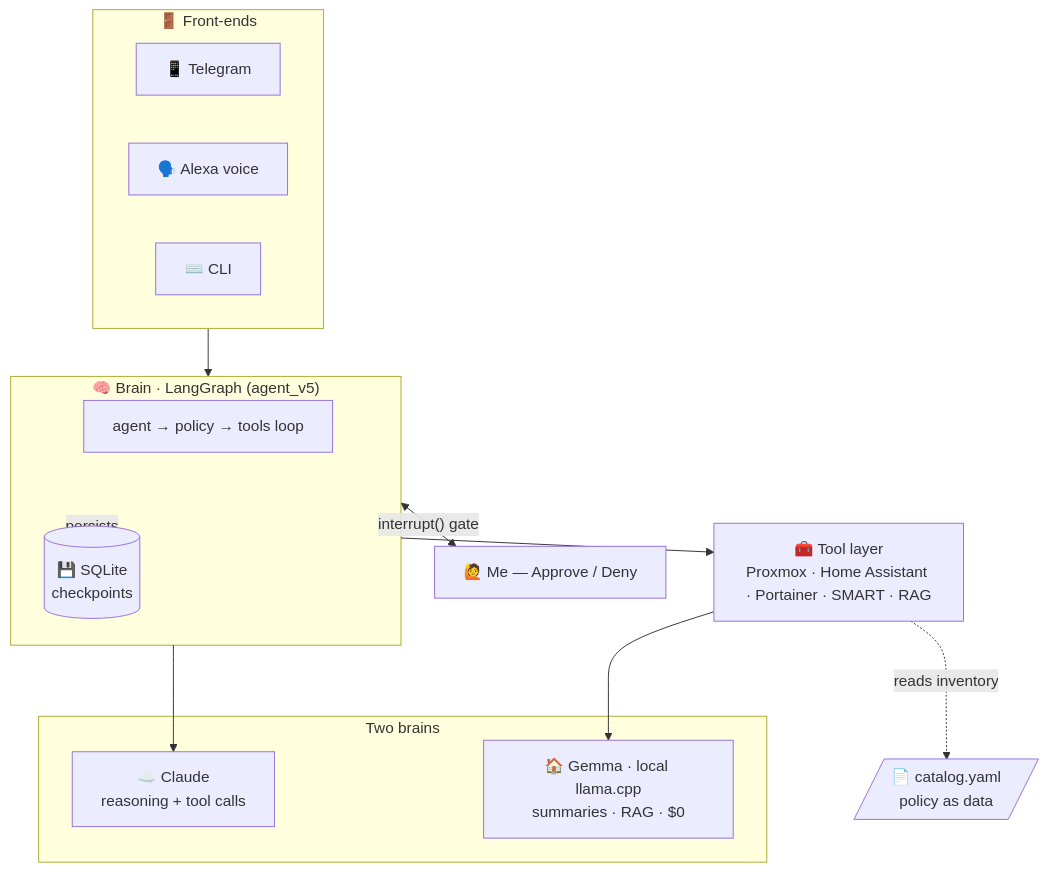
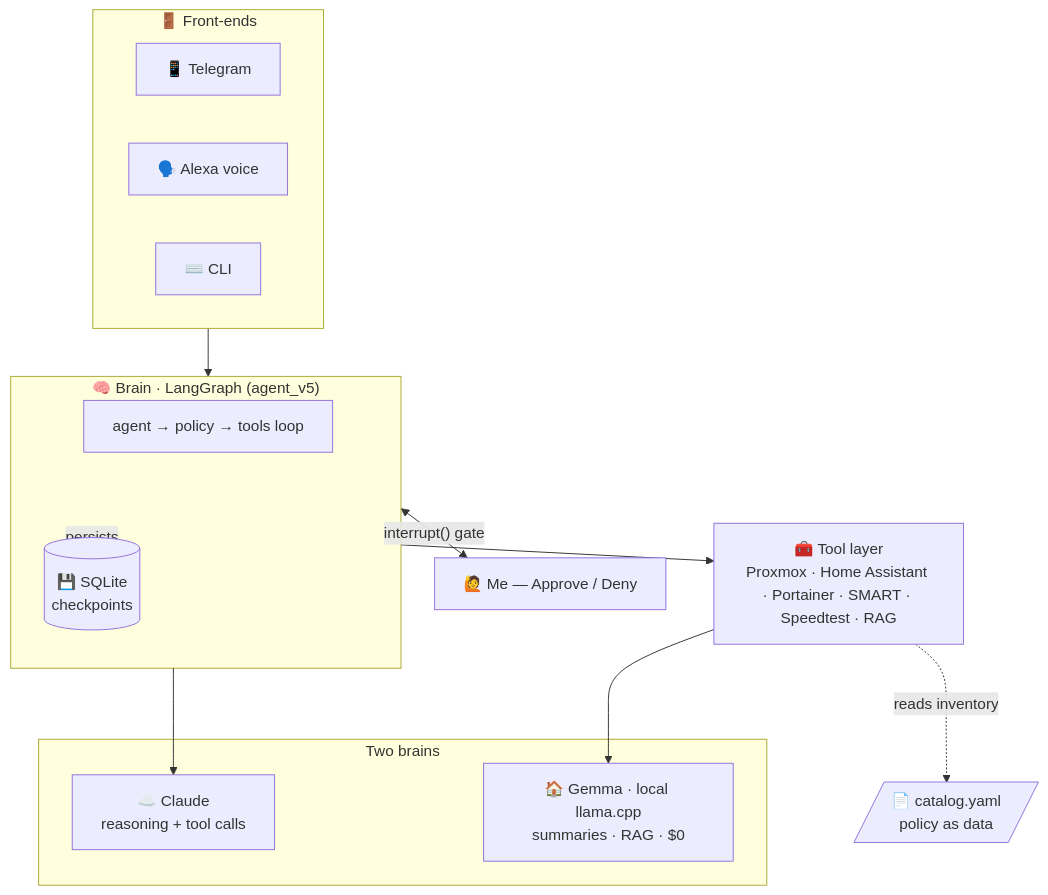
One commit to naveen6gowda/Portfolio changed the first of 6 diagrams in README.md. Above: the diagram before and after it, drawn with Mermaid. The commit also changed other lines of this file and 2 other files, not shown here.

````diff
--- a/README.md
+++ b/README.md
@@ -78,30 +78,30 @@
 ```mermaid
 flowchart TD
     subgraph FE["🚪 Front-ends"]
         TG["📱 Telegram"]
         VO["🗣️ Alexa voice"]
         CL["⌨️ CLI"]
     end
 
     subgraph BR["🧠 Brain · LangGraph (agent_v5)"]
         LG["agent → policy → tools loop"]
         CP[("💾 SQLite<br/>checkpoints")]
     end
 
     subgraph MB["Two brains"]
         CLAUDE["☁️ Claude<br/>reasoning + tool calls"]
         GEMMA["🏠 Gemma · local llama.cpp<br/>summaries · RAG · $0"]
     end
 
-    TL["🧰 Tool layer<br/>Proxmox · Home Assistant · Portainer · SMART · RAG"]
+    TL["🧰 Tool layer<br/>Proxmox · Home Assistant · Portainer · SMART · Speedtest · RAG"]
     CAT[/"📄 catalog.yaml<br/>policy as data"/]
     HUMAN["🙋 Me — Approve / Deny"]
 
     FE --> BR
     BR --> CLAUDE
     BR <-->|"interrupt() gate"| HUMAN
     BR --> TL
     TL --> GEMMA
     TL -. reads inventory .-> CAT
     BR -. persists .-> CP
 ```
````
